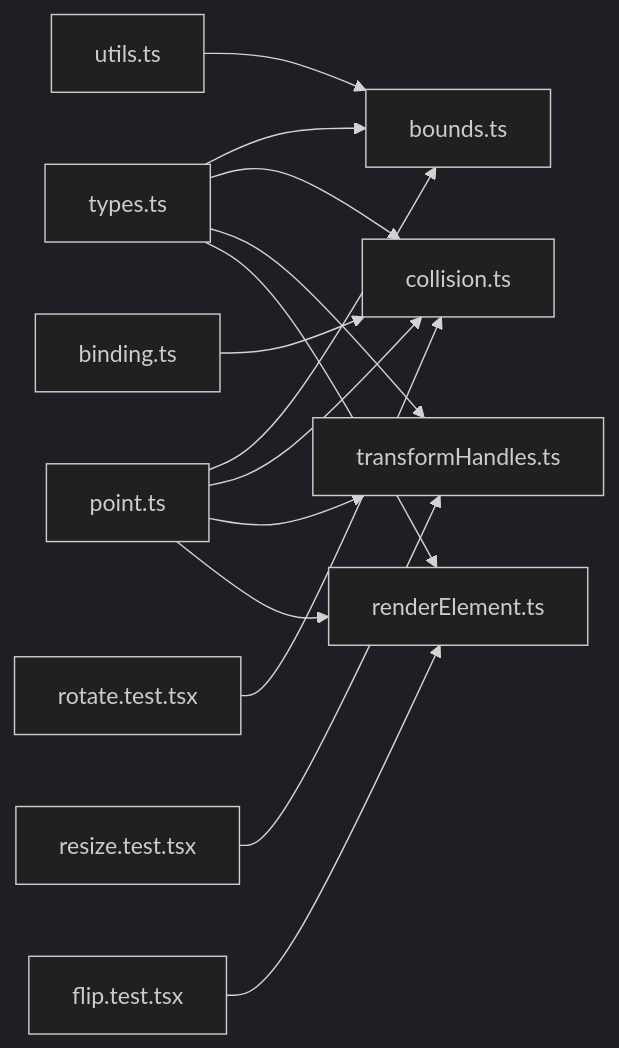
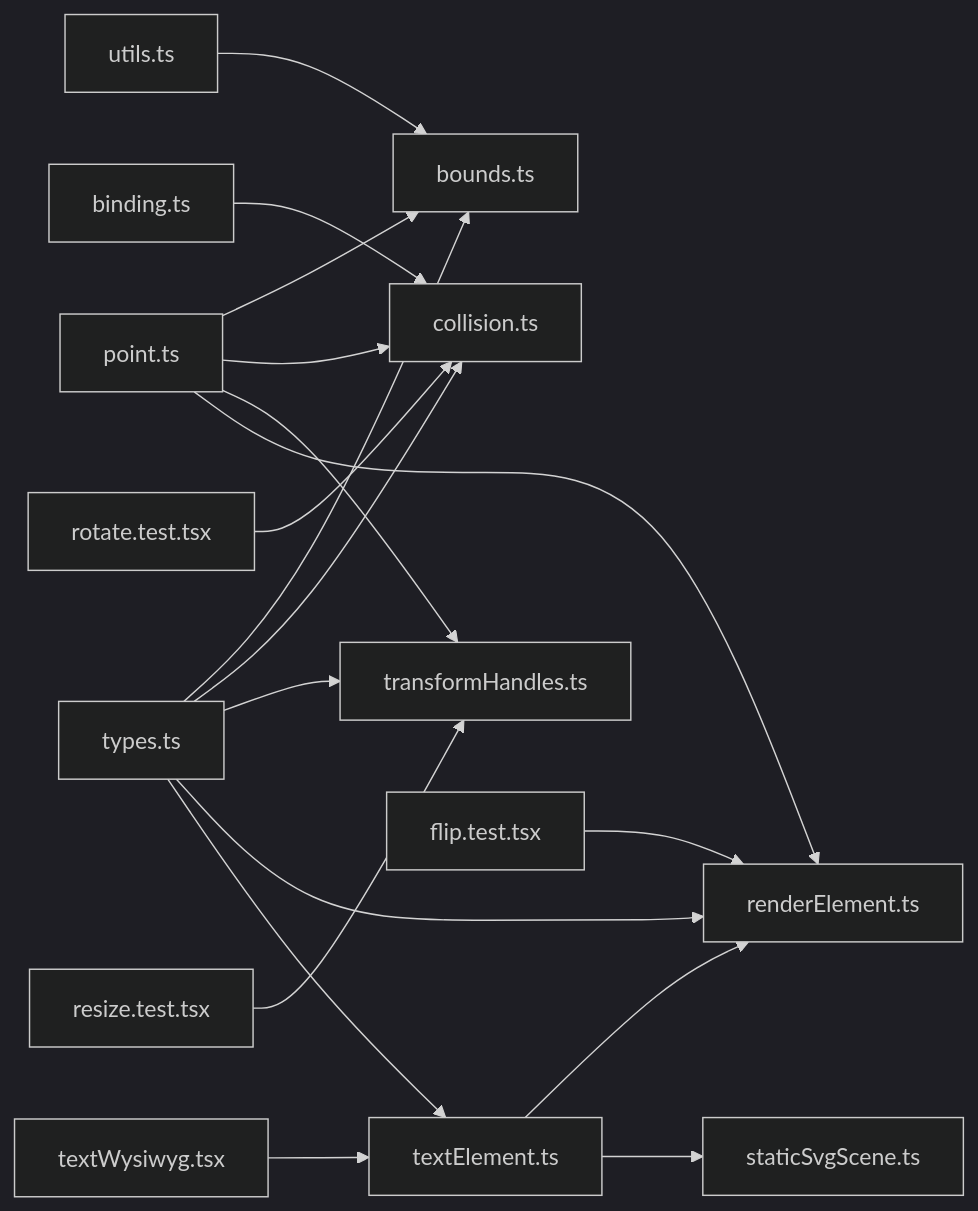
One commit to Az-qianchen/Excalidraw changed the tenth of 10 diagrams in .qoder/repowiki/zh/content/元素系统/元素变换系统.md. Above: the diagram before and after it, drawn with Mermaid (dark theme). The commit also changed other lines of this file and 14 other files, not shown here.

````diff
--- a/.qoder/repowiki/zh/content/元素系统/元素变换系统.md
+++ b/.qoder/repowiki/zh/content/元素系统/元素变换系统.md
@@ -345,16 +418,20 @@
 ```mermaid
 graph LR
 Types["types.ts"] --> Bounds["bounds.ts"]
 Types --> Collision["collision.ts"]
 Types --> Handles["transformHandles.ts"]
 Types --> Render["renderElement.ts"]
+Types --> TextElem["textElement.ts"]
 MathPoint["point.ts"] --> Bounds
 MathPoint --> Collision
 MathPoint --> Handles
 MathPoint --> Render
 Utils["utils.ts"] --> Bounds
 Binding["binding.ts"] --> Collision
+TextElem --> Render
+TextElem --> StaticSvg["staticSvgScene.ts"]
 ResizeTest["resize.test.tsx"] --> Handles
 FlipTest["flip.test.tsx"] --> Render
 RotateTest["rotate.test.tsx"] --> Collision
+TextWysiwyg["textWysiwyg.tsx"] --> TextElem
 ```
````
